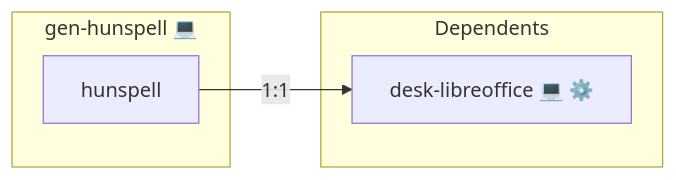
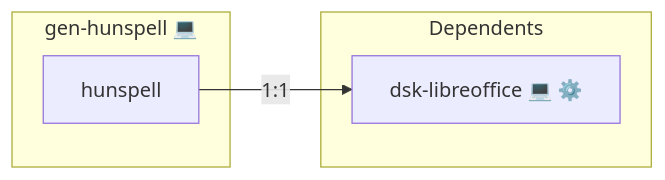
One commit to infinito-nexus/core changed the diagram in roles/gen-hunspell/README.md. Above: the diagram before and after it, drawn with Mermaid. The commit also changed 367 other files, not shown here.

````diff
--- a/roles/gen-hunspell/README.md
+++ b/roles/gen-hunspell/README.md
@@ -15,10 +15,10 @@
 ```mermaid
 flowchart LR
     subgraph role [gen-hunspell 💻]
         svc_hunspell["hunspell"]
     end
     subgraph dependents [Dependents]
-        dpt_desk_libreoffice["desk-libreoffice 💻 ⚙️"]
+        dpt_dsk_libreoffice["dsk-libreoffice 💻 ⚙️"]
     end
-    svc_hunspell -- "1:1" --> dpt_desk_libreoffice
+    svc_hunspell -- "1:1" --> dpt_dsk_libreoffice
 ```
````
